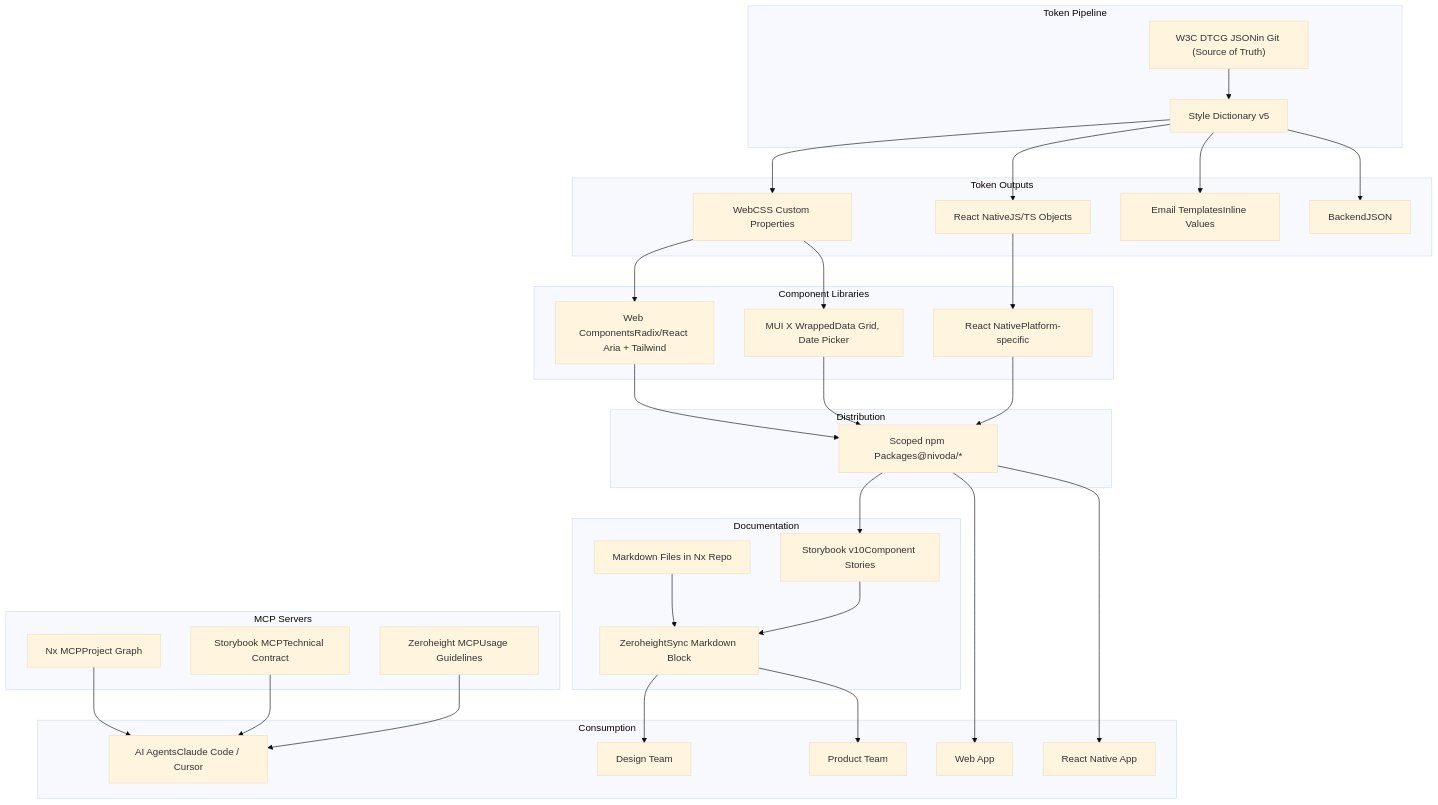
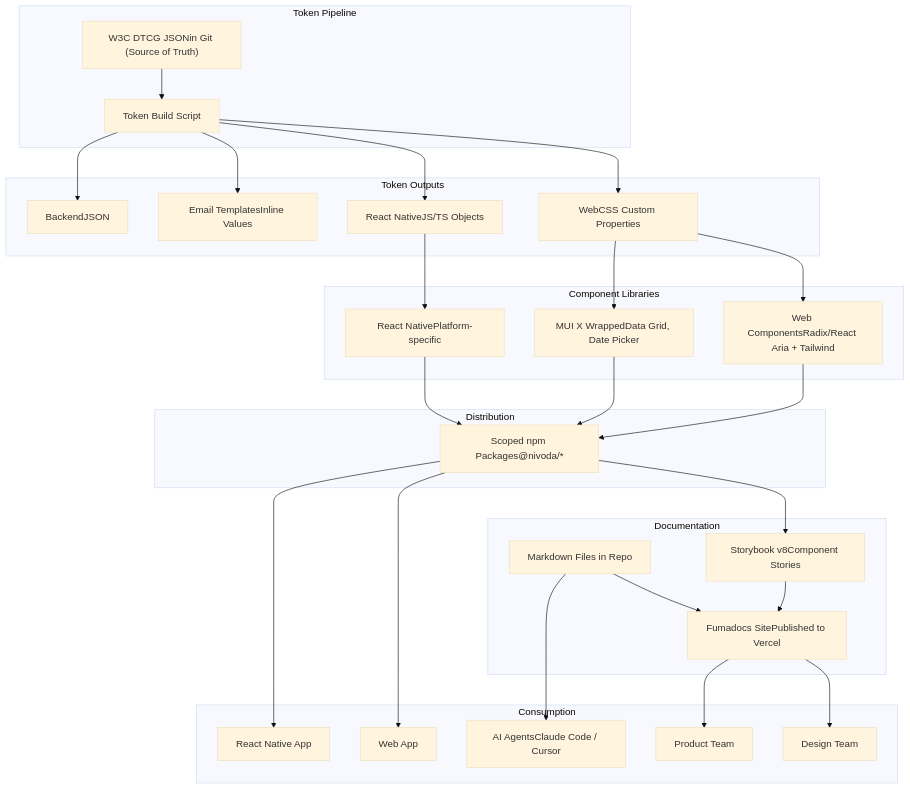
Before and after one commit to free-agent83/clarity-v2: the diagram in architecture.md, drawn with Mermaid (base theme). The commit also changed other lines of this file and 5 other files, not shown here.

````diff
--- a/architecture.md
+++ b/architecture.md
@@ -29,72 +29,64 @@
 ```mermaid
 graph TB
     subgraph "Token Pipeline"
         DTCG["W3C DTCG JSONin Git (Source of Truth)"]
-        StyleDict["Style Dictionary v5"]
+        Build["Token Build Script"]
     end
 
     subgraph "Token Outputs"
         WebCSS["WebCSS Custom Properties"]
         RNObjects["React NativeJS/TS Objects"]
         EmailInline["Email TemplatesInline Values"]
         BackendJSON["BackendJSON"]
     end
 
     subgraph "Component Libraries"
         WebComponents["Web ComponentsRadix/React Aria + Tailwind"]
         RNComponents["React NativePlatform-specific"]
         MUIXWrap["MUI X WrappedData Grid, Date Picker"]
     end
 
     subgraph "Documentation"
-        MDFiles["Markdown Files in Nx Repo"]
-        Zeroheight["ZeroheightSync Markdown Block"]
-        Storybook["Storybook v10Component Stories"]
+        MDFiles["Markdown Files in Repo"]
+        Fumadocs["Fumadocs SitePublished to Vercel"]
+        Storybook["Storybook v8Component Stories"]
     end
 
     subgraph "Distribution"
         NPMPackages["Scoped npm Packages@nivoda/*"]
-    end
-
-    subgraph "MCP Servers"
-        NxMCP["Nx MCPProject Graph"]
-        StorybookMCP["Storybook MCPTechnical Contract"]
-        ZeroheightMCP["Zeroheight MCPUsage Guidelines"]
     end
 
     subgraph "Consumption"
         WebApp["Web App"]
         MobileApp["React Native App"]
         DesignTeam["Design Team"]
         ProductTeam["Product Team"]
         AIAgents["AI AgentsClaude Code / Cursor"]
     end
 
-    DTCG --> StyleDict
-    StyleDict --> WebCSS
-    StyleDict --> RNObjects
-    StyleDict --> EmailInline
-    StyleDict --> BackendJSON
+    DTCG --> Build
+    Build --> WebCSS
+    Build --> RNObjects
+    Build --> EmailInline
+    Build --> BackendJSON
 
     WebCSS --> WebComponents
     RNObjects --> RNComponents
     WebCSS --> MUIXWrap
 
     WebComponents --> NPMPackages
     RNComponents --> NPMPackages
     MUIXWrap --> NPMPackages
 
     NPMPackages --> Storybook
     NPMPackages --> WebApp
     NPMPackages --> MobileApp
 
-    MDFiles --> Zeroheight
-    Storybook --> Zeroheight
+    MDFiles --> Fumadocs
+    Storybook --> Fumadocs
 
-    Zeroheight --> DesignTeam
-    Zeroheight --> ProductTeam
+    Fumadocs --> DesignTeam
+    Fumadocs --> ProductTeam
 
-    NxMCP --> AIAgents
-    StorybookMCP --> AIAgents
-    ZeroheightMCP --> AIAgents
+    MDFiles --> AIAgents
 ```
````
